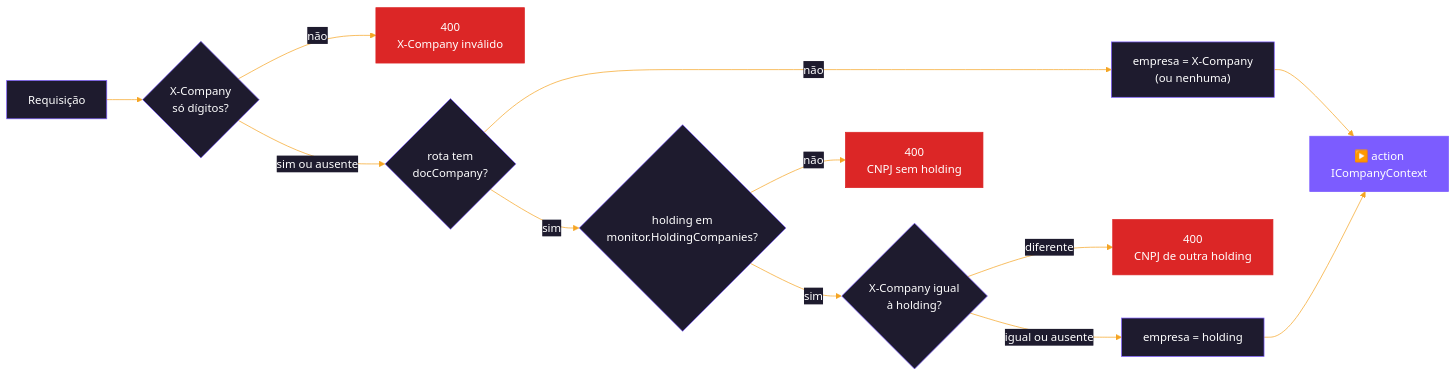
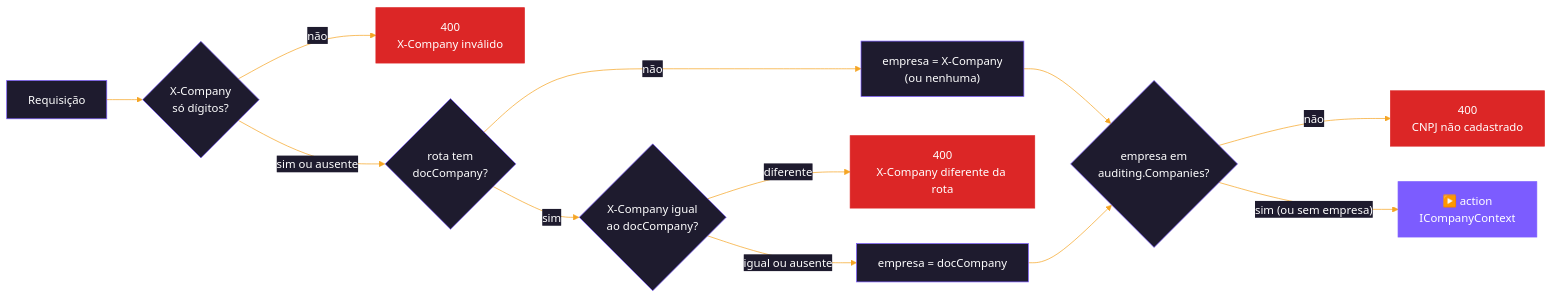
One commit to cayo-kume/extract-transform-load-integrations-system changed the second of 4 diagrams in src/Backend/Hosts/WebApi/README.md. Above: the diagram before and after it, drawn with Mermaid. The commit also changed other lines of this file and 121 other files, not shown here.

````diff
--- a/src/Backend/Hosts/WebApi/README.md
+++ b/src/Backend/Hosts/WebApi/README.md
@@ -250,20 +269,20 @@
 ```mermaid
 %%{init: {'theme':'base','themeVariables':{'primaryColor':'#1e1b2e','primaryTextColor':'#ffffff','primaryBorderColor':'#7c5cff','lineColor':'#f5a524','textColor':'#1e1b2e','clusterBkg':'#f5f3ff','clusterBorder':'#7c5cff','titleColor':'#1e1b2e','edgeLabelBackground':'#1e1b2e'}}}%%
 flowchart LR
     REQ["Requisição"] --> H{"X-Company<br/>só dígitos?"}
     H -- não --> E1["400<br/>X-Company inválido"]
     H -- "sim ou ausente" --> D{"rota tem<br/>docCompany?"}
     D -- não --> C1["empresa = X-Company<br/>(ou nenhuma)"]
-    D -- sim --> HC{"holding em<br/>monitor.HoldingCompanies?"}
-    HC -- não --> E2["400<br/>CNPJ sem holding"]
-    HC -- sim --> EQ{"X-Company igual<br/>à holding?"}
-    EQ -- diferente --> E3["400<br/>CNPJ de outra holding"]
-    EQ -- "igual ou ausente" --> C2["empresa = holding"]
-    C1 --> RUN["▶️ action<br/>ICompanyContext"]
-    C2 --> RUN
+    D -- sim --> EQ{"X-Company igual<br/>ao docCompany?"}
+    EQ -- diferente --> E3["400<br/>X-Company diferente da rota"]
+    EQ -- "igual ou ausente" --> C2["empresa = docCompany"]
+    C1 --> HC{"empresa em<br/>auditing.Companies?"}
+    C2 --> HC
+    HC -- não --> E2["400<br/>CNPJ não cadastrado"]
+    HC -- "sim (ou sem empresa)" --> RUN["▶️ action<br/>ICompanyContext"]
 
     classDef accent fill:#7c5cff,stroke:#7c5cff,color:#ffffff
     classDef err fill:#dc2626,stroke:#dc2626,color:#ffffff
     class RUN accent
     class E1,E2,E3 err
 ```
````
